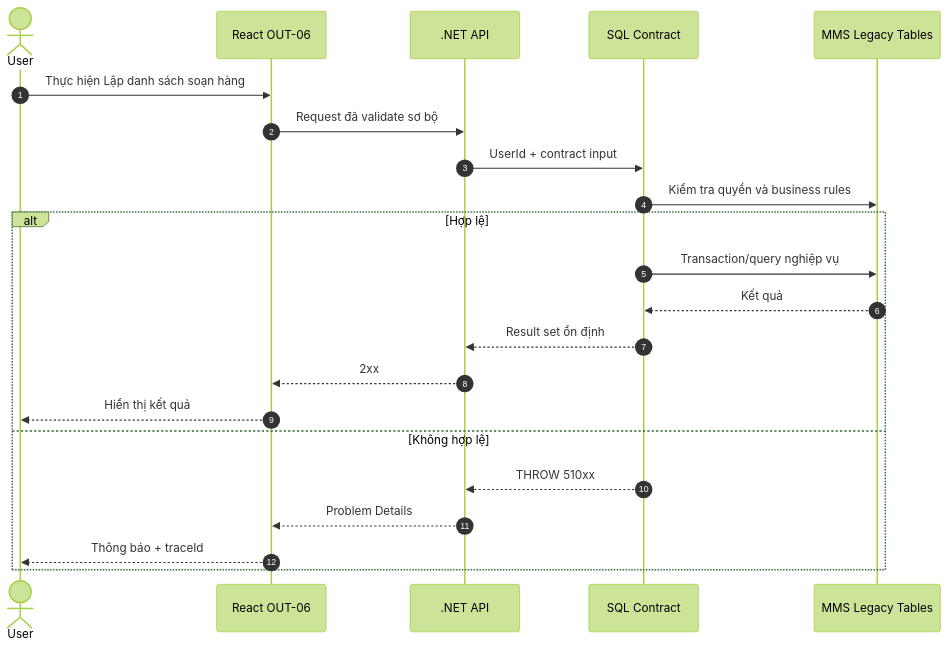
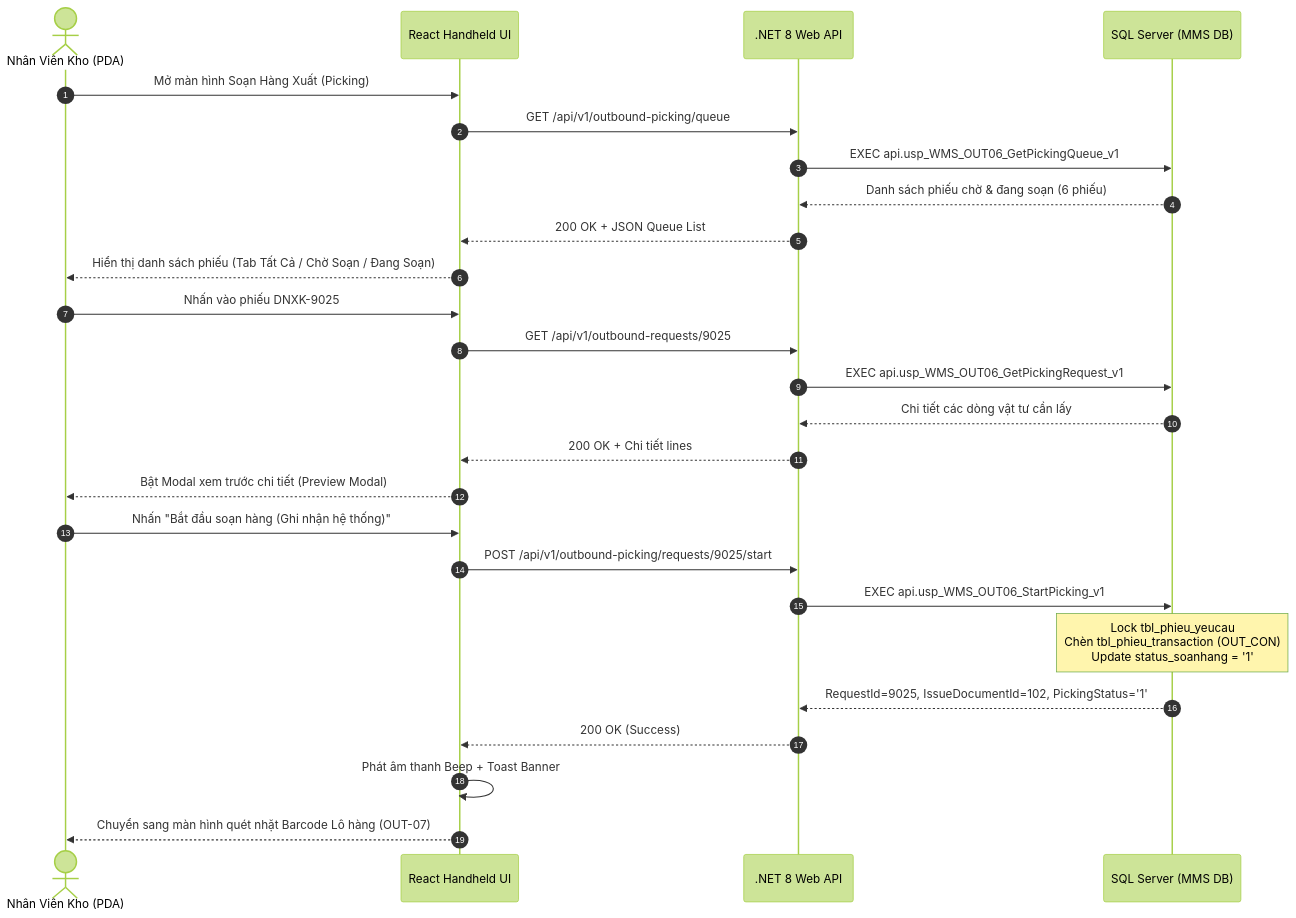
One commit to Sohoa-KNSG/mms changed the diagram in docs/03-use-cases/UC-22_OUT-06.md. Above: the diagram before and after it, drawn with Mermaid (forest theme). The commit also changed other lines of this file and 43 other files, not shown here.

````diff
--- a/docs/03-use-cases/UC-22_OUT-06.md
+++ b/docs/03-use-cases/UC-22_OUT-06.md
@@ -215,24 +231,31 @@
-~~~mermaid
+```mermaid
 sequenceDiagram
     autonumber
-    actor User
-    participant UI as React OUT-06
-    participant API as .NET API
-    participant SP as SQL Contract
-    participant DB as MMS Legacy Tables
-    User->>UI: Thực hiện Lập danh sách soạn hàng
-    UI->>API: Request đã validate sơ bộ
-    API->>SP: UserId + contract input
-    SP->>DB: Kiểm tra quyền và business rules
-    alt Hợp lệ
-        SP->>DB: Transaction/query nghiệp vụ
-        DB-->>SP: Kết quả
-        SP-->>API: Result set ổn định
-        API-->>UI: 2xx
-        UI-->>User: Hiển thị kết quả
-    else Không hợp lệ
-        SP-->>API: THROW 510xx
-        API-->>UI: Problem Details
-        UI-->>User: Thông báo + traceId
-    end
-~~~
+    actor Staff as Nhân Viên Kho (PDA)
+    participant UI as React Handheld UI
+    participant API as .NET 8 Web API
+    participant DB as SQL Server (MMS DB)
+
+    Staff->>UI: Mở màn hình Soạn Hàng Xuất (Picking)
+    UI->>API: GET /api/v1/outbound-picking/queue
+    API->>DB: EXEC api.usp_WMS_OUT06_GetPickingQueue_v1
+    DB-->>API: Danh sách phiếu chờ & đang soạn (6 phiếu)
+    API-->>UI: 200 OK + JSON Queue List
+    UI-->>Staff: Hiển thị danh sách phiếu (Tab Tất Cả / Chờ Soạn / Đang Soạn)
+
+    Staff->>UI: Nhấn vào phiếu DNXK-9025
+    UI->>API: GET /api/v1/outbound-requests/9025
+    API->>DB: EXEC api.usp_WMS_OUT06_GetPickingRequest_v1
+    DB-->>API: Chi tiết các dòng vật tư cần lấy
+    API-->>UI: 200 OK + Chi tiết lines
+    UI-->>Staff: Bật Modal xem trước chi tiết (Preview Modal)
+
+    Staff->>UI: Nhấn "Bắt đầu soạn hàng (Ghi nhận hệ thống)"
+    UI->>API: POST /api/v1/outbound-picking/requests/9025/start
+    API->>DB: EXEC api.usp_WMS_OUT06_StartPicking_v1
+    Note over DB: Lock tbl_phieu_yeucau<br/>Chèn tbl_phieu_transaction (OUT_CON)<br/>Update status_soanhang = '1'
+    DB-->>API: RequestId=9025, IssueDocumentId=102, PickingStatus='1'
+    API-->>UI: 200 OK (Success)
+    UI->>UI: Phát âm thanh Beep + Toast Banner
+    UI-->>Staff: Chuyển sang màn hình quét nhặt Barcode Lô hàng (OUT-07)
+```
````
